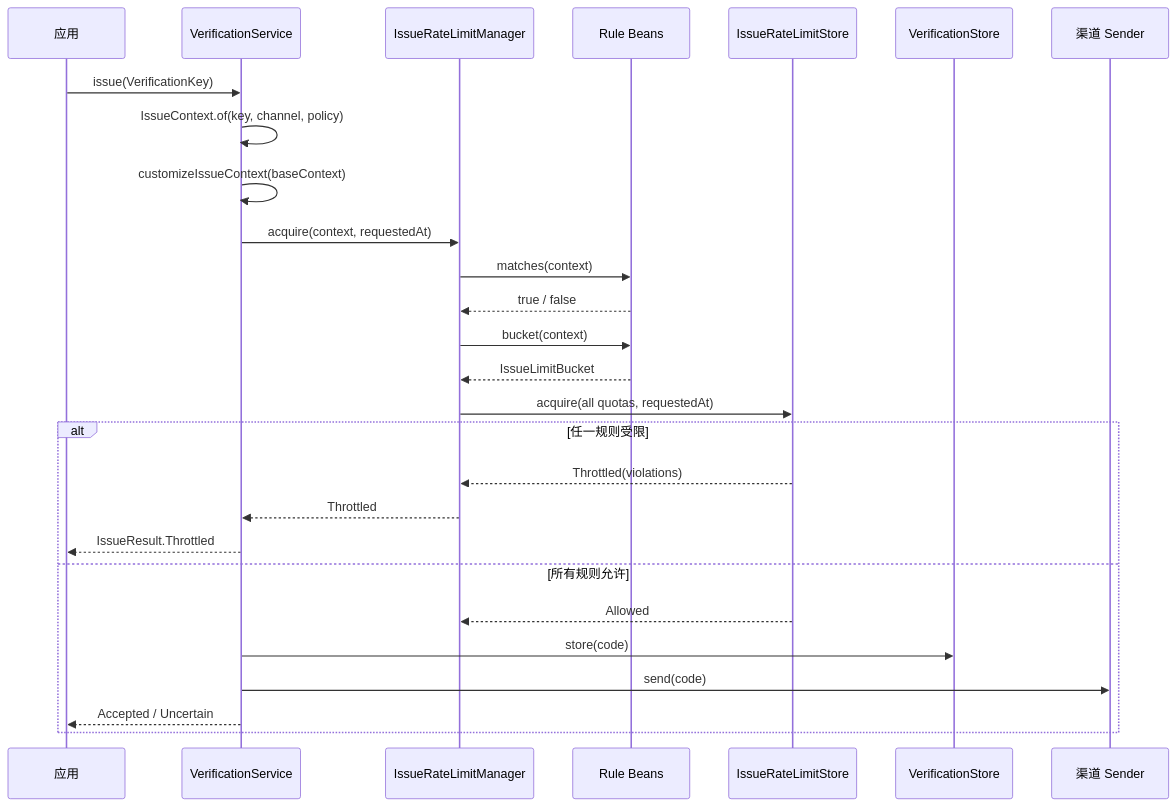
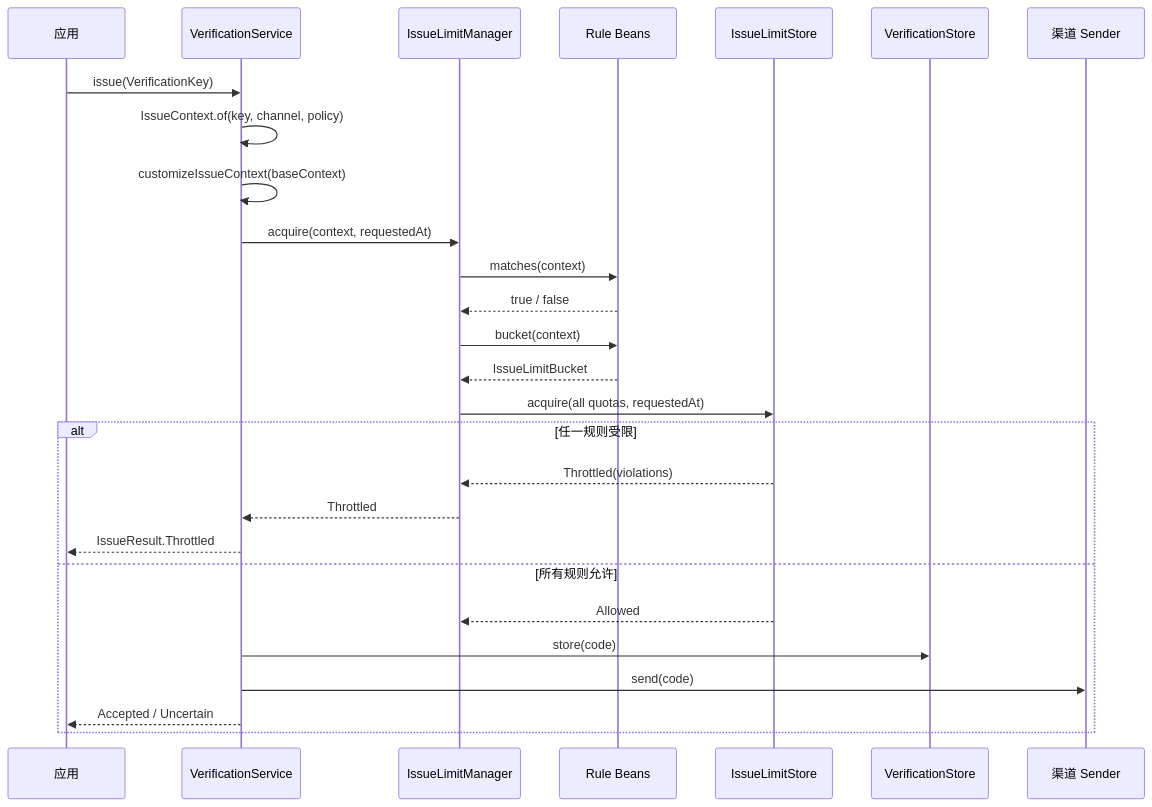
Before and after one commit to RingoTangs/ringo-boot: the second of 2 diagrams in ringo-boot-verification/src/main/java/io/github/ringotangs/ringoboot/verification/limit/README.md, drawn with Mermaid. The commit also changed other lines of this file and 51 other files, not shown here.

````diff
--- a/ringo-boot-verification/src/main/java/io/github/ringotangs/ringoboot/verification/limit/README.md
+++ b/ringo-boot-verification/src/main/java/io/github/ringotangs/ringoboot/verification/limit/README.md
@@ -302,30 +302,30 @@
 ```mermaid
 sequenceDiagram
     participant App as 应用
     participant Service as VerificationService
-    participant Manager as IssueRateLimitManager
+    participant Manager as IssueLimitManager
     participant Rule as Rule Beans
-    participant LimitStore as IssueRateLimitStore
+    participant LimitStore as IssueLimitStore
     participant CodeStore as VerificationStore
     participant Sender as 渠道 Sender
 
     App->>Service: issue(VerificationKey)
     Service->>Service: IssueContext.of(key, channel, policy)
     Service->>Service: customizeIssueContext(baseContext)
     Service->>Manager: acquire(context, requestedAt)
     Manager->>Rule: matches(context)
     Rule-->>Manager: true / false
     Manager->>Rule: bucket(context)
     Rule-->>Manager: IssueLimitBucket
     Manager->>LimitStore: acquire(all quotas, requestedAt)
     alt 任一规则受限
         LimitStore-->>Manager: Throttled(violations)
         Manager-->>Service: Throttled
         Service-->>App: IssueResult.Throttled
     else 所有规则允许
         LimitStore-->>Manager: Allowed
         Service->>CodeStore: store(code)
         Service->>Sender: send(code)
         Service-->>App: Accepted / Uncertain
     end
 ```
````
